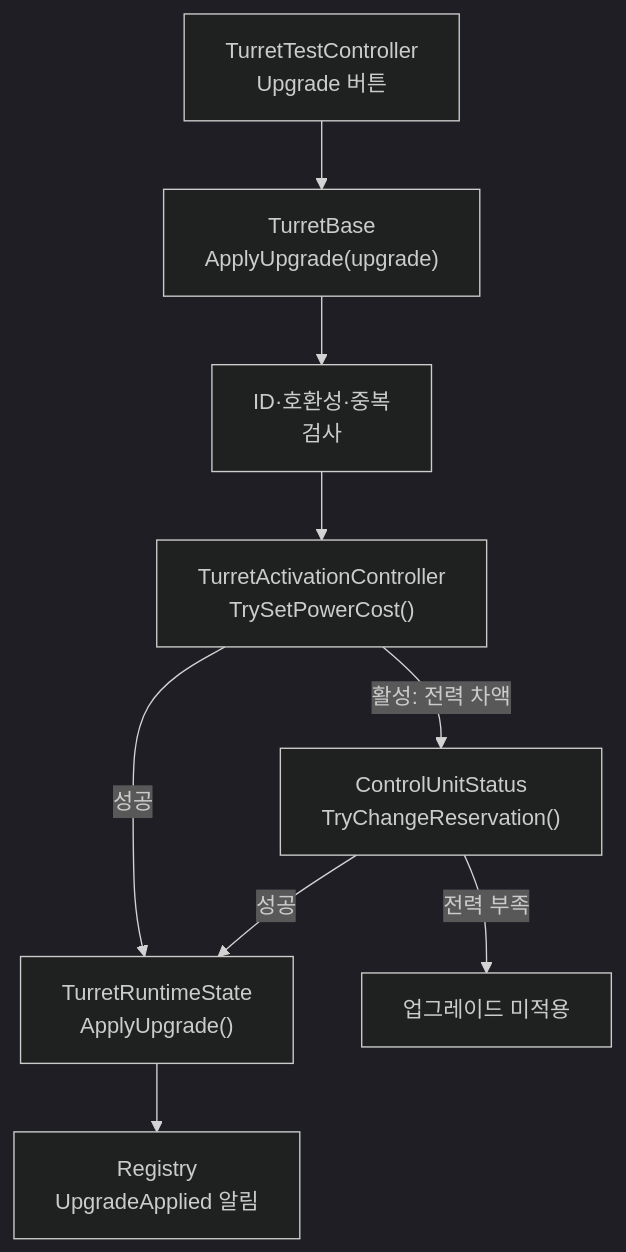
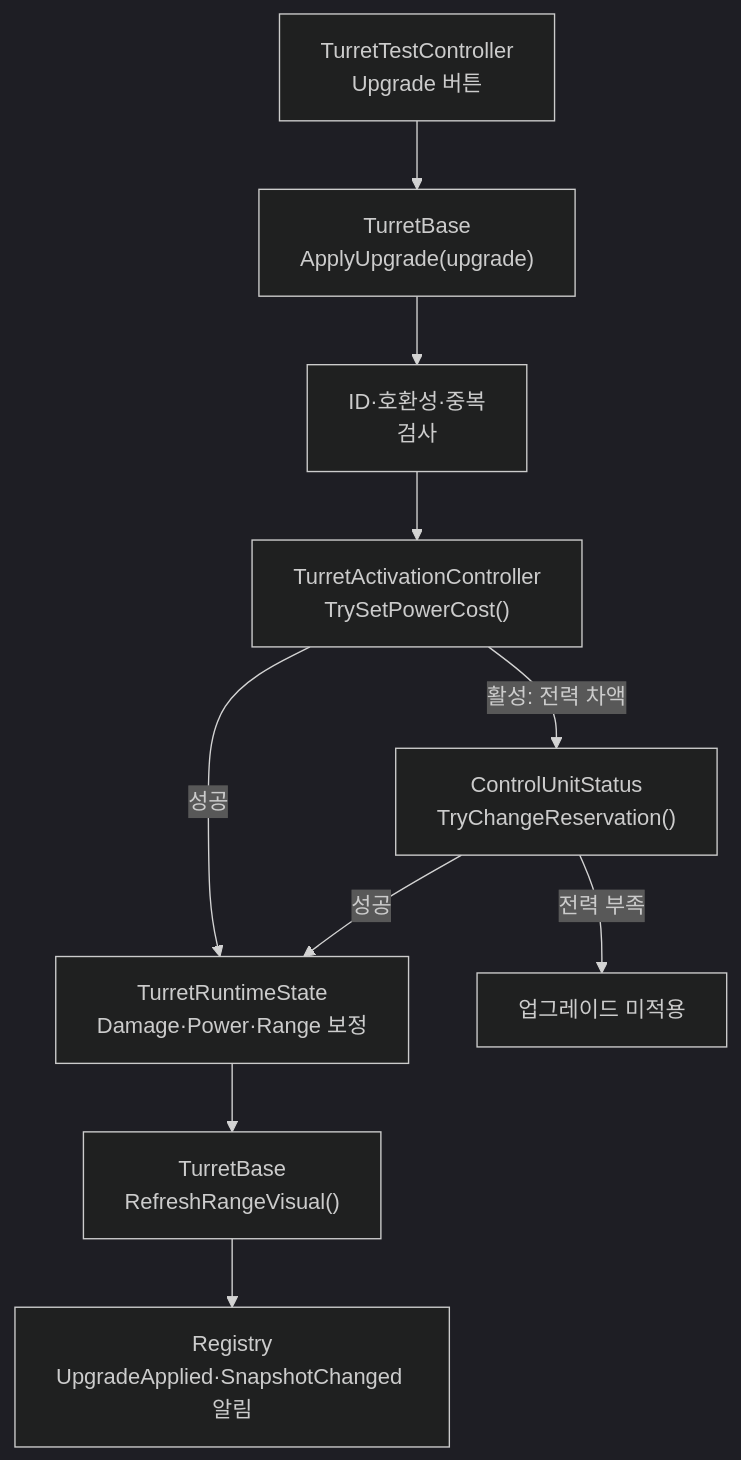
Before and after one commit to Team-HJD-21/unity-6-the-developer: the ninth of 13 diagrams in Docs/architecture/turret-system-guide.md, drawn with Mermaid (dark theme). The commit also changed other lines of this file, not shown here.

First line of the commit message:
docs(turret): document snapshots progression and runtime locks

````diff
--- a/Docs/architecture/turret-system-guide.md
+++ b/Docs/architecture/turret-system-guide.md
@@ -357,11 +370,12 @@
 ```mermaid
 flowchart TD
     UI["TurretTestController<br>Upgrade 버튼"] --> Base["TurretBase<br>ApplyUpgrade(upgrade)"]
     Base --> Check["ID·호환성·중복<br>검사"]
     Check --> Power["TurretActivationController<br>TrySetPowerCost()"]
     Power -->|활성: 전력 차액| CU["ControlUnitStatus<br>TryChangeReservation()"]
-    Power -->|성공| State["TurretRuntimeState<br>ApplyUpgrade()"]
+    Power -->|성공| State["TurretRuntimeState<br>Damage·Power·Range 보정"]
     CU -->|성공| State
     CU -->|전력 부족| Reject["업그레이드 미적용"]
-    State --> Event["Registry<br>UpgradeApplied 알림"]
+    State --> Visual["TurretBase<br>RefreshRangeVisual()"]
+    Visual --> Event["Registry<br>UpgradeApplied·SnapshotChanged 알림"]
 ```
````
